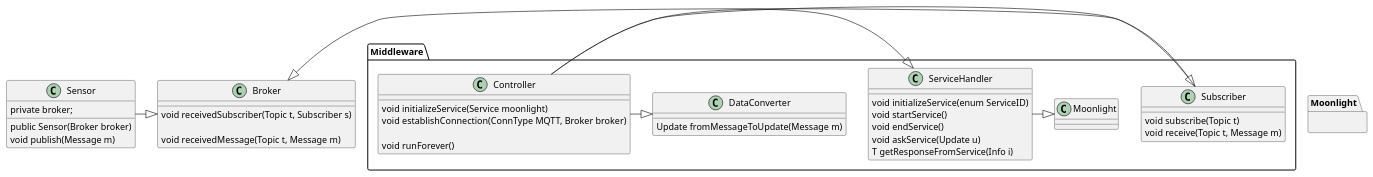
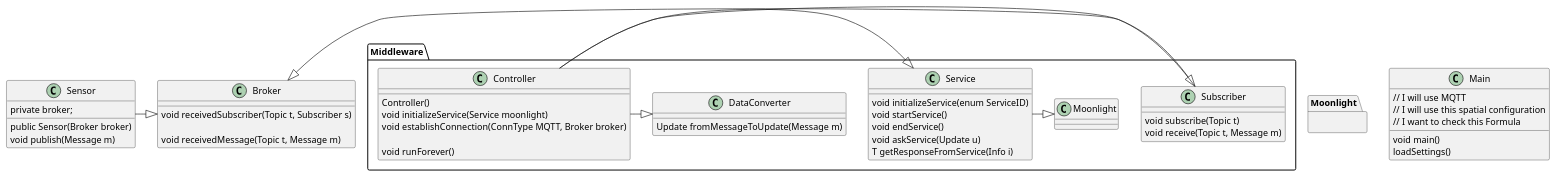
One commit to oihanagarciaa/GBL-IoTMonitoringSTREL changed the diagram in Documents/main.puml. Above: the diagram before and after it, drawn with PlantUML. The commit also changed 13 other files, not shown here.

```diff
--- a/Documents/main.puml
+++ b/Documents/main.puml
@@ -1,57 +1,71 @@
 @startuml
 
 class Sensor {
     public Sensor(Broker broker)
     private broker;
     void publish(Message m)
 }
 
 class Broker {
     void receivedSubscriber(Topic t, Subscriber s)
 
     ' receivedMessage: it is the method that gets called when someone publishes something [OPTIONAL]
     void receivedMessage(Topic t, Message m)
 }
 
 Sensor -|> Broker
 
+
+class Main {
+    void main()
+    // I will use MQTT
+    // I will use this spatial configuration
+    // I want to check this Formula
+    loadSettings()
+}
+
+
 package Middleware {
 
 Subscriber -|> Broker
     class Subscriber {
         void subscribe(Topic t)
         void receive(Topic t, Message m)
     }
 
 Controller -|> Subscriber
-Controller -|> ServiceHandler
+Controller -|> Service
 Controller -|> DataConverter
 
+
+    class Service {
+        void initializeService(enum ServiceID)
+        void startService()
+        void endService()
+        void askService(Update u)
+        T getResponseFromService(Info i)
+    }
+
+
+
    class Controller {
+        Controller()
         void initializeService(Service moonlight)
         void establishConnection(ConnType MQTT, Broker broker)
 
         void runForever()
    }
 
     class DataConverter {
         Update fromMessageToUpdate(Message m)
     }
 
-    class ServiceHandler {
-        void initializeService(enum ServiceID)
-        void startService()
-        void endService()
-        void askService(Update u)
-        T getResponseFromService(Info i)
-    }
-
-ServiceHandler -|> Moonlight
+Service -|> Moonlight
 
 }
 
 
 package Moonlight {}
 
 
 @enduml
```
